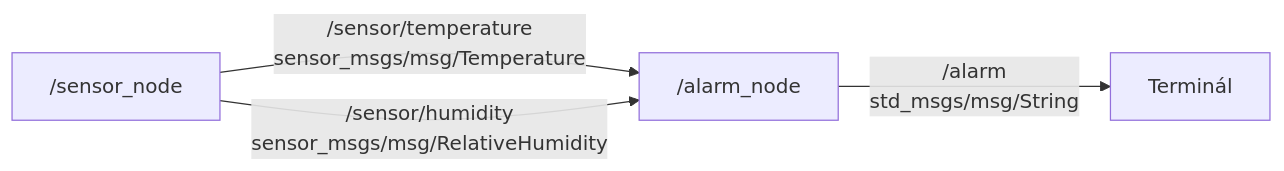
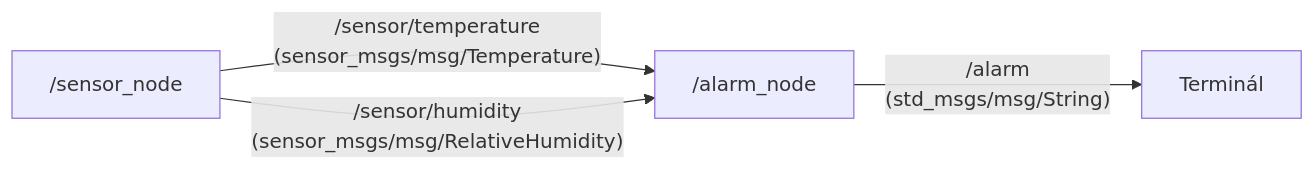
Before and after one commit to kiad018/kin_zy2_teperaturalarm: the diagram in README.md, drawn with Mermaid. The commit also changed other lines of this file, not shown here.

````diff
--- a/README.md
+++ b/README.md
@@ -7,6 +14,6 @@
 ```mermaid
 flowchart LR
-    A["/sensor_node"] -->|/sensor/temperature<br/>sensor_msgs/msg/Temperature| B["/alarm_node"]
-    A -->|/sensor/humidity<br/>sensor_msgs/msg/RelativeHumidity| B
-    B -->|/alarm<br/>std_msgs/msg/String| C["Terminál"]
+    A["/sensor_node"] -->|"/sensor/temperature<br/>(sensor_msgs/msg/Temperature)"| B["/alarm_node"]
+    A -->|"/sensor/humidity<br/>(sensor_msgs/msg/RelativeHumidity)"| B
+    B -->|"/alarm<br/>(std_msgs/msg/String)"| C["Terminál"]
 ```
````
